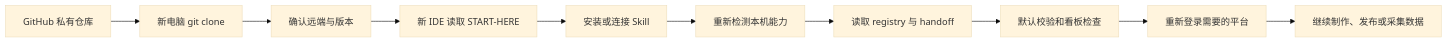
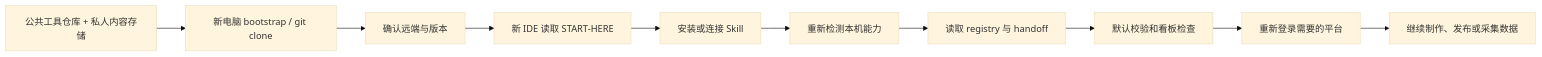
One commit to 372790111z-wq/content-publishing-sop changed the second of 2 diagrams in USAGE-GUIDE.md. Above: the diagram before and after it, drawn with Mermaid (base theme). The commit also changed other lines of this file and 66 other files, not shown here.

````diff
--- a/USAGE-GUIDE.md
+++ b/USAGE-GUIDE.md
@@ -432,12 +488,12 @@
 ```mermaid
 flowchart LR
-    A[GitHub 私有仓库] --> B[新电脑 git clone]
+    A[公共工具仓库 + 私人内容存储] --> B[新电脑 bootstrap / git clone]
     B --> C[确认远端与版本]
     C --> D[新 IDE 读取 START-HERE]
     D --> E[安装或连接 Skill]
     E --> F[重新检测本机能力]
     F --> G[读取 registry 与 handoff]
     G --> H[默认校验和看板检查]
     H --> I[重新登录需要的平台]
     I --> J[继续制作、发布或采集数据]
 ```
````
